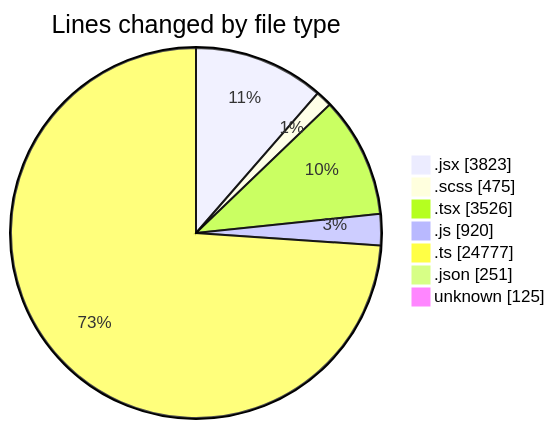
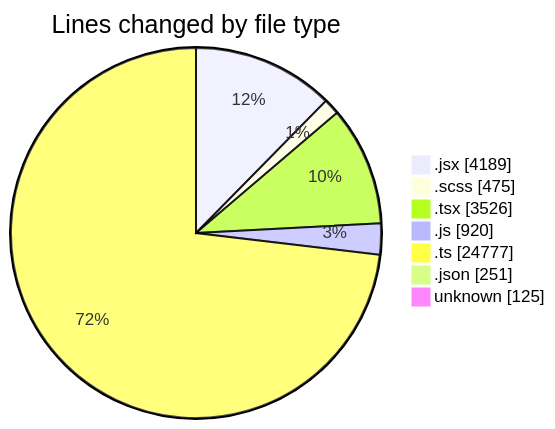
One commit to momahboobian/code-tracking changed the first of 2 diagrams in 2026-09-02/cda/README.md. Above: the diagram before and after it, drawn with Mermaid. The commit also changed other lines of this file and 1 other file, not shown here.

````diff
--- a/2026-09-02/cda/README.md
+++ b/2026-09-02/cda/README.md
@@ -77,11 +77,11 @@
 ```mermaid
 pie showData
 title Lines changed by file type
-".jsx" : 3823
+".jsx" : 4189
 ".scss" : 475
 ".tsx" : 3526
 ".js" : 920
 ".ts" : 24777
 ".json" : 251
 "unknown" : 125
 ```
````
